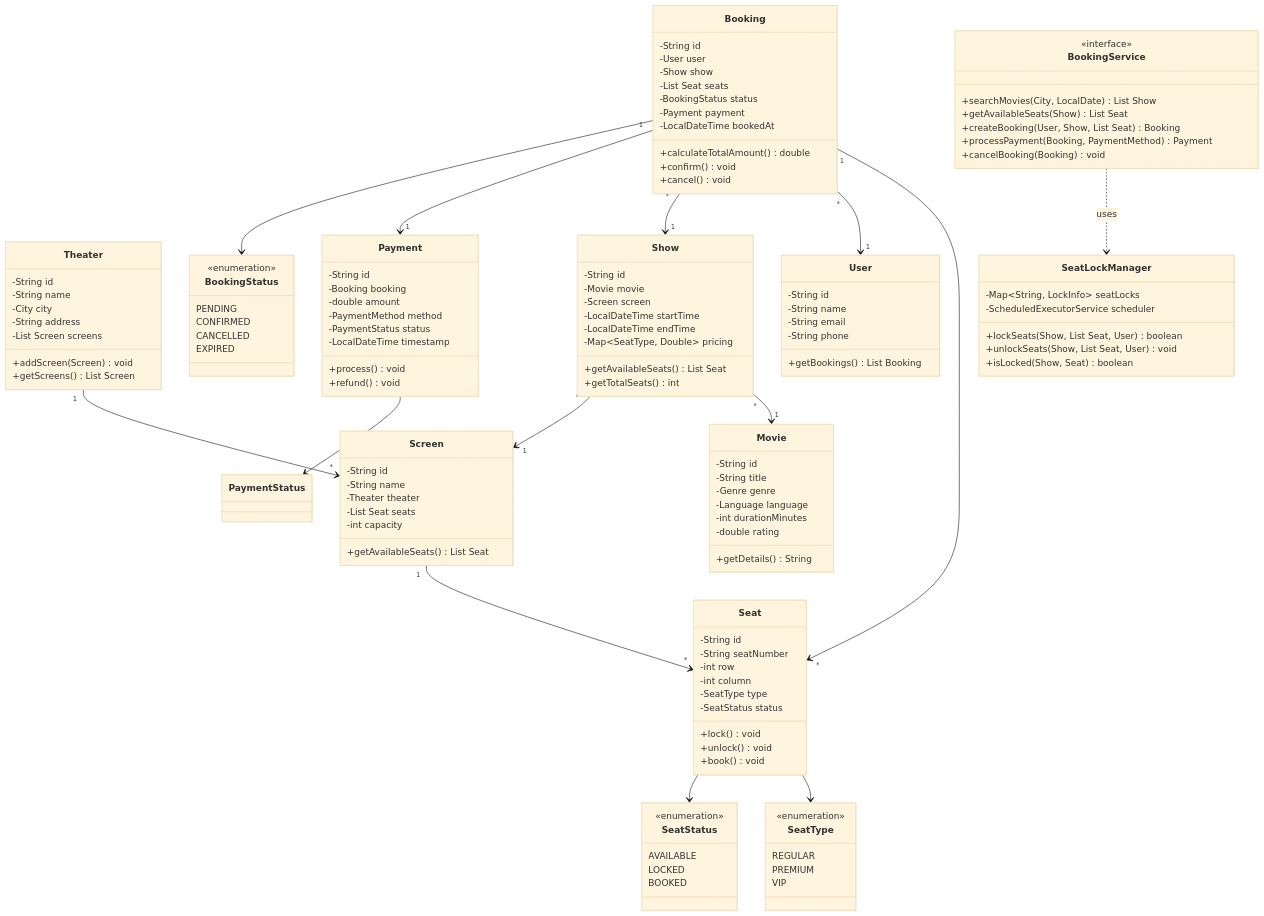
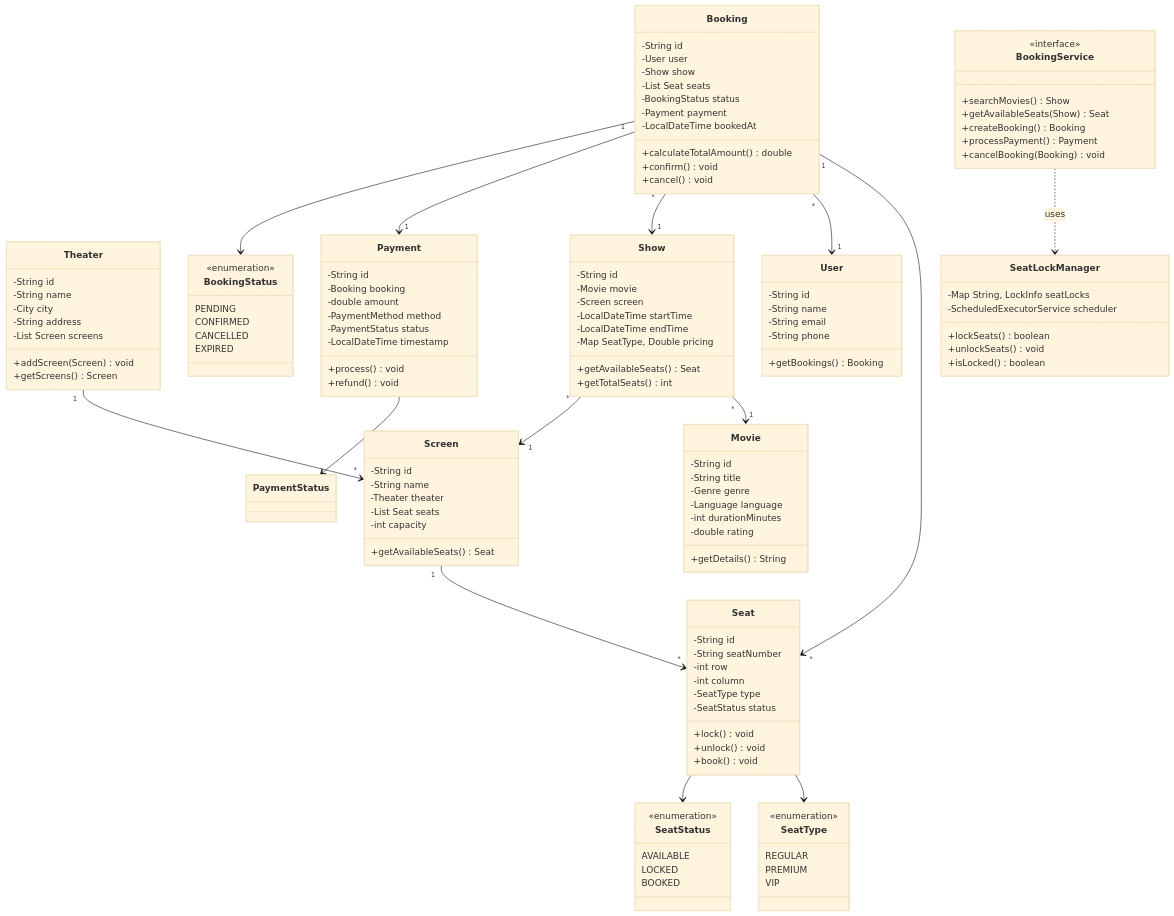
Before and after one commit to dlkr18/lld-playbook: the diagram in docs/problems/bookmyshow/README.md, drawn with Mermaid (base theme). The commit also changed 29 other files, not shown here.

First line of the commit message:
Fix Mermaid rendering: downgrade to v9, aggressive classDiagram sanitization.

```diff
--- a/docs/problems/bookmyshow/README.md
+++ b/docs/problems/bookmyshow/README.md
@@ -153,7 +153,7 @@
         -String address
         -List Screen screens
         +addScreen(Screen) void
-        +getScreens() List Screen
+        +getScreens() Screen
     }
 
     class Screen {
@@ -162,7 +162,7 @@
         -Theater theater
         -List Seat seats
         -int capacity
-        +getAvailableSeats() List Seat
+        +getAvailableSeats() Seat
     }
 
     class Show {
@@ -171,8 +171,8 @@
         -Screen screen
         -LocalDateTime startTime
         -LocalDateTime endTime
-        -Map~SeatType, Double~ pricing
-        +getAvailableSeats() List Seat
+        -Map SeatType, Double pricing
+        +getAvailableSeats() Seat
         +getTotalSeats() int
     }
 
@@ -217,24 +217,24 @@
         -String name
         -String email
         -String phone
-        +getBookings() List Booking
+        +getBookings() Booking
     }
 
     class BookingService {
         <<interface>>
-        +searchMovies(City, LocalDate) List Show
-        +getAvailableSeats(Show) List Seat
-        +createBooking(User, Show, List Seat) Booking
-        +processPayment(Booking, PaymentMethod) Payment
+        +searchMovies() Show
+        +getAvailableSeats(Show) Seat
+        +createBooking() Booking
+        +processPayment() Payment
         +cancelBooking(Booking) void
     }
 
     class SeatLockManager {
-        -Map~String, LockInfo~ seatLocks
+        -Map String, LockInfo seatLocks
         -ScheduledExecutorService scheduler
-        +lockSeats(Show, List Seat, User) boolean
-        +unlockSeats(Show, List Seat, User) void
-        +isLocked(Show, Seat) boolean
+        +lockSeats() boolean
+        +unlockSeats() void
+        +isLocked() boolean
     }
 
     class SeatType {
```
